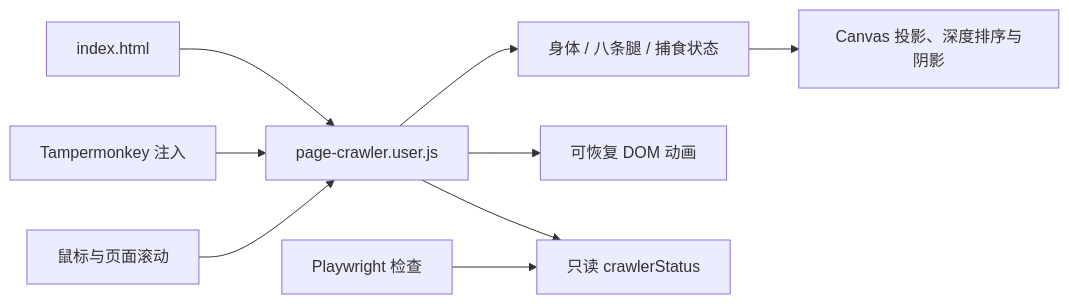
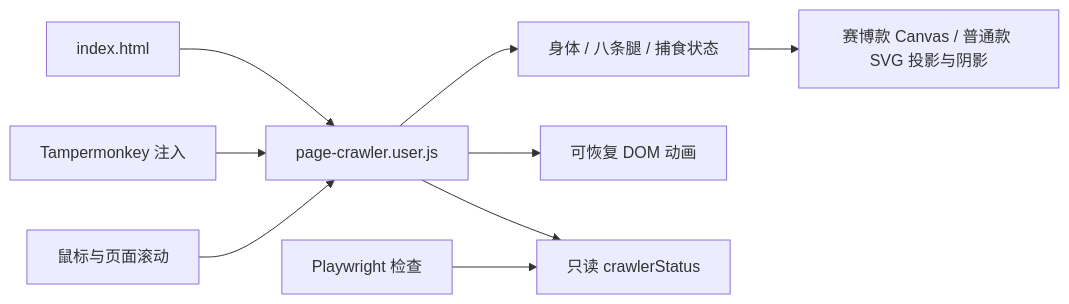
One commit to Toto233/page-crawler changed the diagram in docs/architecture.md. Above: the diagram before and after it, drawn with Mermaid. The commit also changed other lines of this file and 33 other files, not shown here.

````diff
--- a/docs/architecture.md
+++ b/docs/architecture.md
@@ -9,11 +9,11 @@
 ```mermaid
 flowchart LR
   Demo[index.html] --> Core[page-crawler.user.js]
   TM[Tampermonkey 注入] --> Core
   Mouse[鼠标与页面滚动] --> Core
   Core --> Model[身体 / 八条腿 / 捕食状态]
-  Model --> Canvas[Canvas 投影、深度排序与阴影]
+  Model --> Canvas[赛博款 Canvas / 普通款 SVG 投影与阴影]
   Core --> Effect[可恢复 DOM 动画]
   Tests[Playwright 检查] --> Status[只读 crawlerStatus]
   Core --> Status
 ```
````
